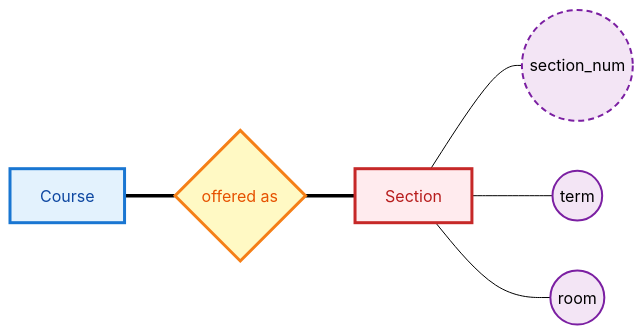
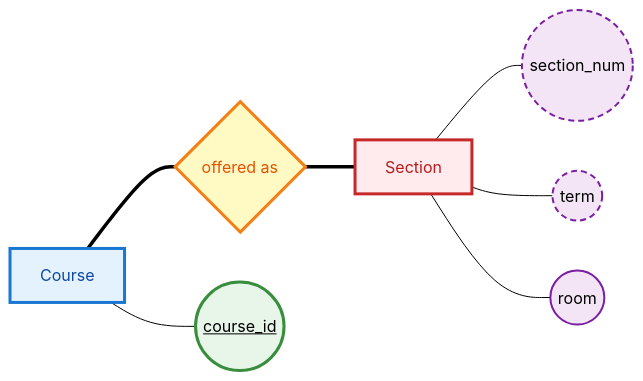
One commit to ufdatastudio/cop5725fa26 changed the fourth of 10 diagrams in lecture-outlines/day7-er-to-relations/slides.md. Above: the diagram before and after it, drawn with Mermaid (forest theme). The commit also changed other lines of this file, not shown here.

First line of the commit message:
docs: mark term as a partial key, add a 1:1 figure, and trim the day 7 deck

````diff
--- a/lecture-outlines/day7-er-to-relations/slides.md
+++ b/lecture-outlines/day7-er-to-relations/slides.md
@@ -149,17 +149,20 @@
 ```mermaid
 graph LR
   C["Course"] === O{"offered as"} === Sec["<span class='weak-inner'>Section</span>"]
+  C --- CID(("<u>course_id</u>"))
   Sec --- SN(("<span class='partial-key'>section_num</span>"))
-  Sec --- T(("term"))
+  Sec --- T(("<span class='partial-key'>term</span>"))
   Sec --- R(("room"))
   classDef entity fill:#e3f2fd,stroke:#1976d2,stroke-width:3px,color:#0d47a1
   classDef weak fill:#ffebee,stroke:#c62828,stroke-width:3px,color:#b71c1c
   classDef irel fill:#fff9c4,stroke:#f57f17,stroke-width:3px,color:#e65100
   classDef attr fill:#f3e5f5,stroke:#7b1fa2,stroke-width:2px
+  classDef key fill:#e8f5e9,stroke:#388e3c,stroke-width:3px
   classDef partkey fill:#f3e5f5,stroke:#7b1fa2,stroke-width:2px,stroke-dasharray:6 4
   class C entity
   class Sec weak
   class O irel
-  class T,R attr
-  class SN partkey
+  class R attr
+  class CID key
+  class SN,T partkey
 ```
````
